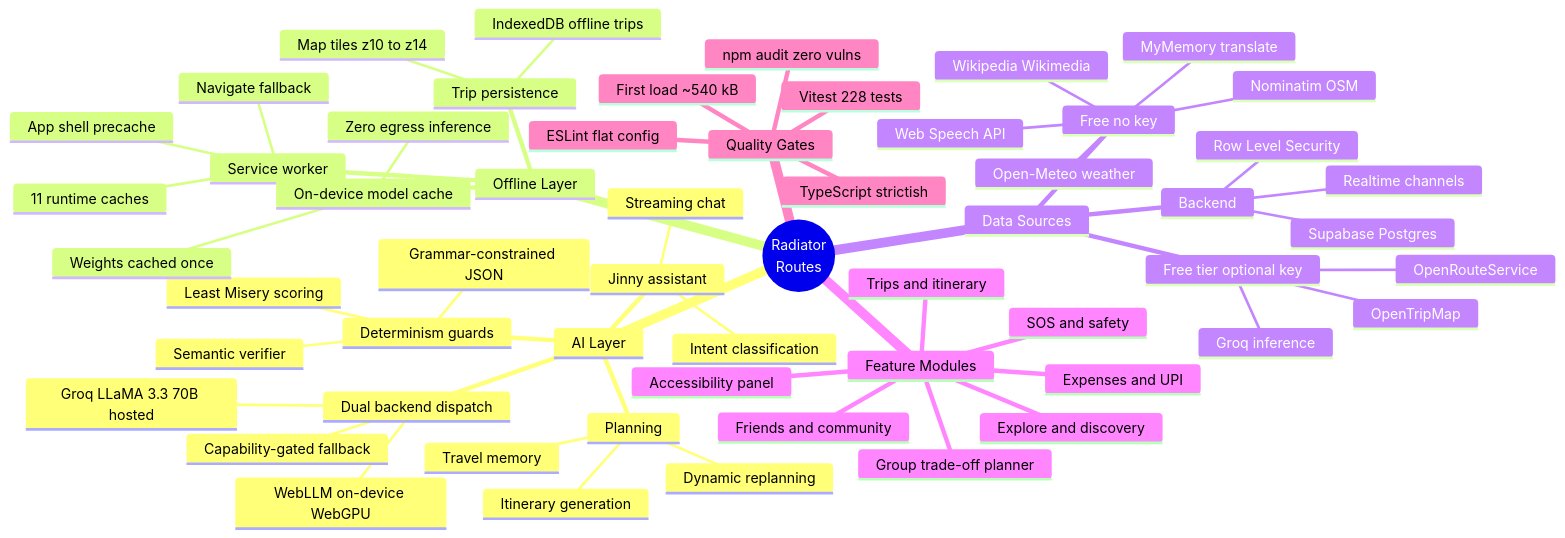
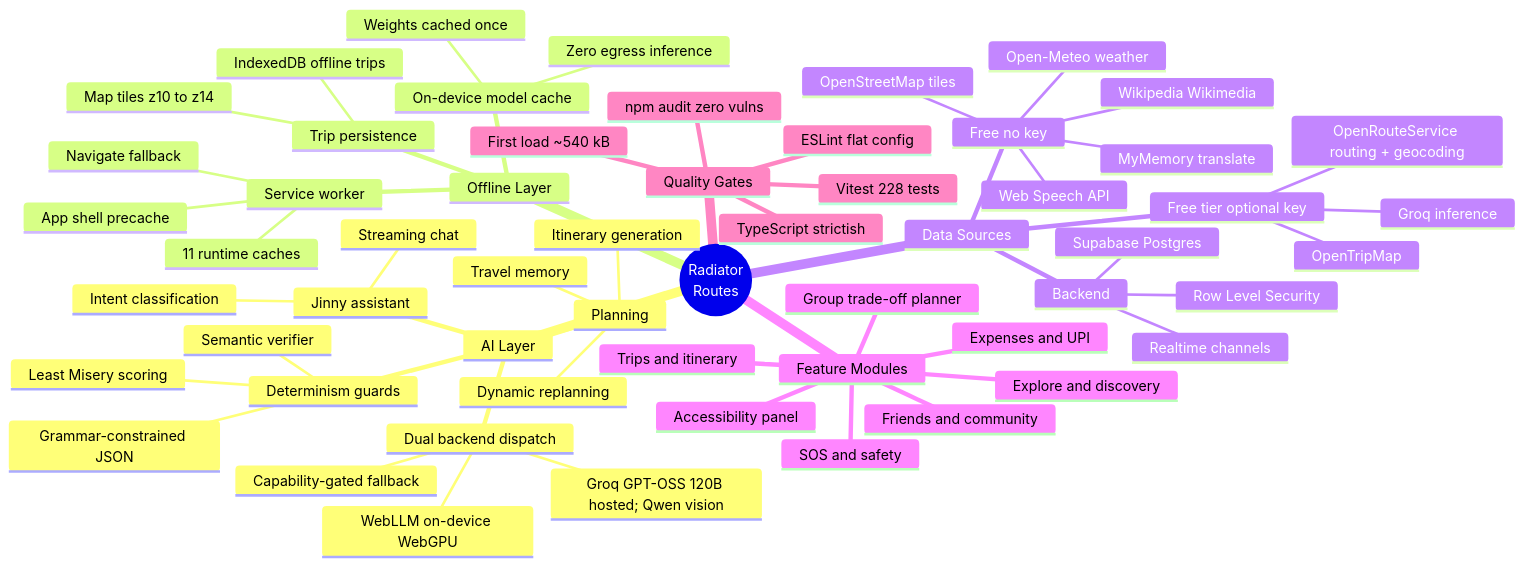
The first of 2 diagrams in README.md (HarshTambade/Radiator-Routes), drawn with Mermaid before and after one commit. The commit also changed other lines of this file and 48 other files, not shown here.

First line of the commit message:
feat: Implement Groq proxy service with authentication and rate limiting

````diff
--- a/README.md
+++ b/README.md
@@ -44,60 +44,60 @@
 ```mermaid
 mindmap
   root((Radiator<br/>Routes))
     AI Layer
       Dual backend dispatch
-        Groq LLaMA 3.3 70B hosted
+        Groq GPT-OSS 120B hosted; Qwen vision
         WebLLM on-device WebGPU
         Capability-gated fallback
       Jinny assistant
         Streaming chat
         Intent classification
       Planning
         Itinerary generation
         Dynamic replanning
         Travel memory
       Determinism guards
         Grammar-constrained JSON
         Semantic verifier
         Least Misery scoring
     Offline Layer
       Service worker
         App shell precache
         11 runtime caches
         Navigate fallback
       Trip persistence
         IndexedDB offline trips
         Map tiles z10 to z14
       On-device model cache
         Weights cached once
         Zero egress inference
     Data Sources
       Free no key
         Open-Meteo weather
-        Nominatim OSM
+        OpenStreetMap tiles
         Wikipedia Wikimedia
         Web Speech API
         MyMemory translate
       Free tier optional key
         Groq inference
-        OpenRouteService
+        OpenRouteService routing + geocoding
         OpenTripMap
       Backend
         Supabase Postgres
         Row Level Security
         Realtime channels
     Feature Modules
       Trips and itinerary
       Group trade-off planner
       Explore and discovery
       Friends and community
       Expenses and UPI
       SOS and safety
       Accessibility panel
     Quality Gates
       TypeScript strictish
       ESLint flat config
       Vitest 228 tests
       npm audit zero vulns
       First load ~540 kB
 ```
````
